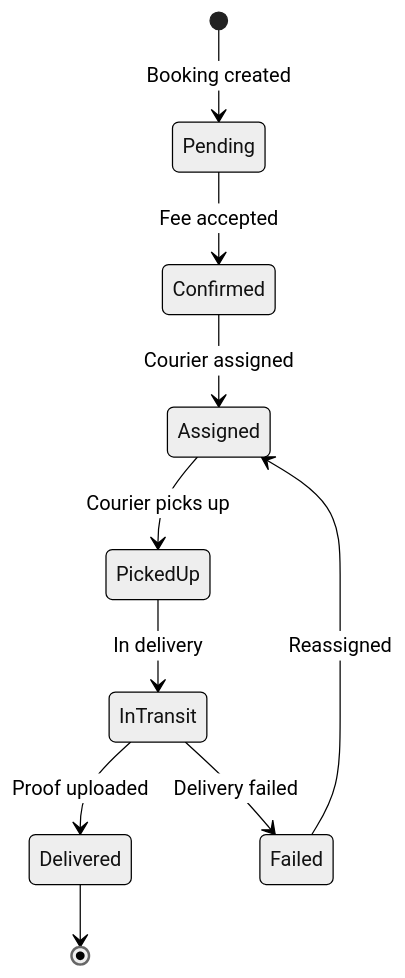
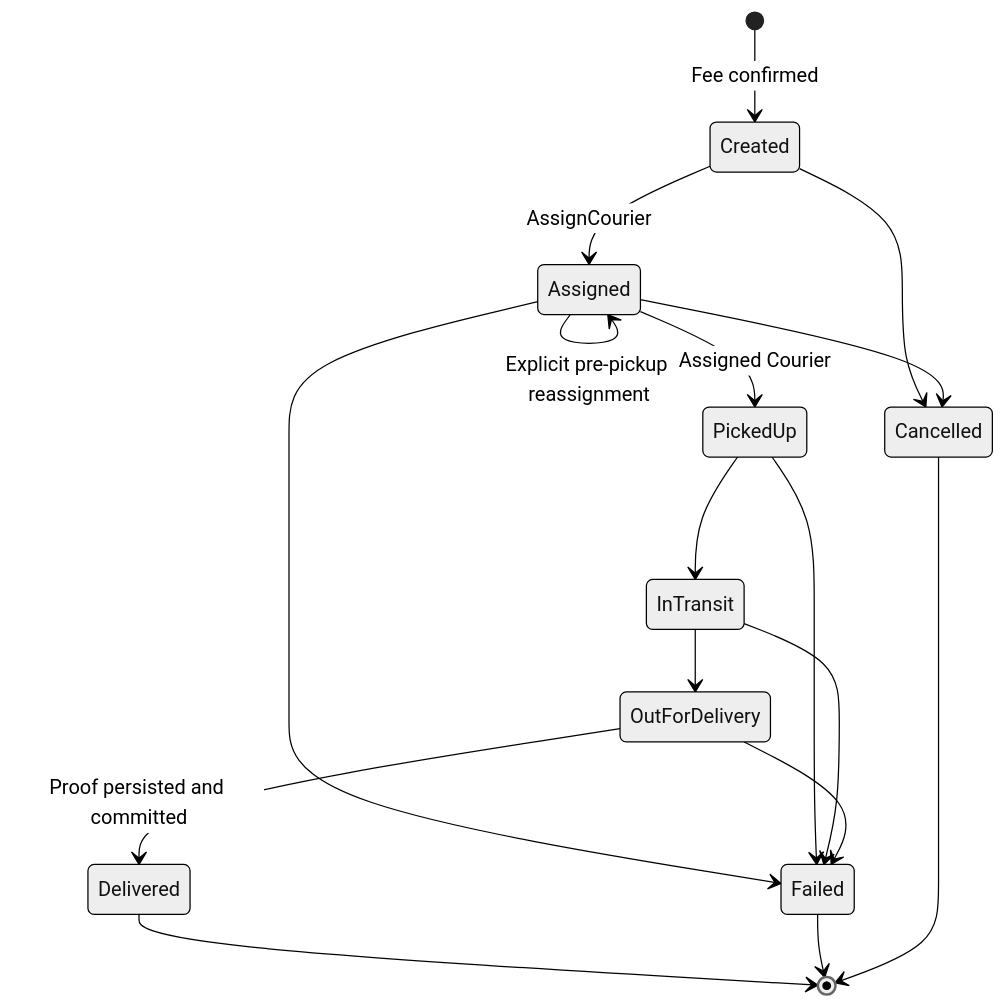
The third of 7 diagrams in design/diagrams/er/README.md (SwiftDrop-Group09/swiftdrop-docs), drawn with Mermaid (neutral theme) before and after one commit. The commit also changed other lines of this file and 56 other files, not shown here.

Commit message:
docs: revise and export required workflow diagrams

````diff
--- a/design/diagrams/er/README.md
+++ b/design/diagrams/er/README.md
@@ -195,12 +217,19 @@
 ```mermaid
 stateDiagram-v2
-    [*] --> Pending : Booking created
-    Pending --> Confirmed : Fee accepted
-    Confirmed --> Assigned : Courier assigned
-    Assigned --> PickedUp : Courier picks up
-    PickedUp --> InTransit : In delivery
-    InTransit --> Delivered : Proof uploaded
-    InTransit --> Failed : Delivery failed
-    Failed --> Assigned : Reassigned
+    [*] --> Created : Fee confirmed
+    Created --> Assigned : AssignCourier
+    Assigned --> Assigned : Explicit pre-pickup reassignment
+    Assigned --> PickedUp : Assigned Courier
+    PickedUp --> InTransit
+    InTransit --> OutForDelivery
+    OutForDelivery --> Delivered : Proof persisted and committed
+    Assigned --> Failed
+    PickedUp --> Failed
+    InTransit --> Failed
+    OutForDelivery --> Failed
+    Created --> Cancelled
+    Assigned --> Cancelled
     Delivered --> [*]
+    Failed --> [*]
+    Cancelled --> [*]
 ```
````
